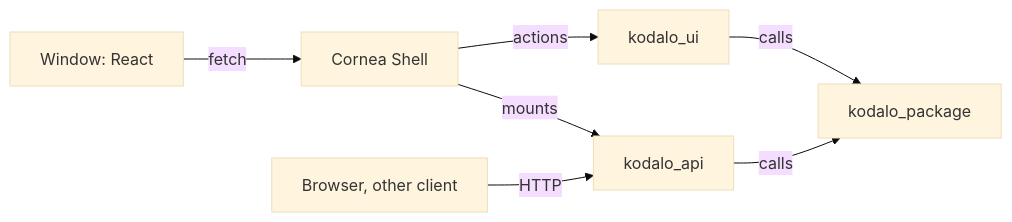
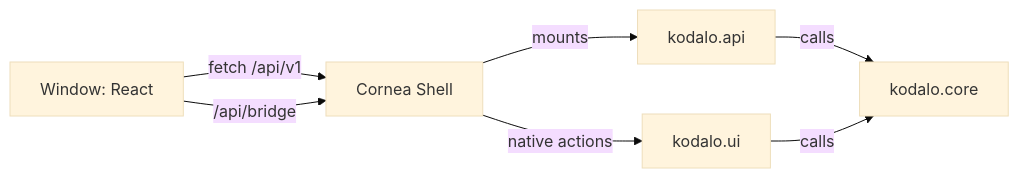
Before and after one commit to coldsofttech/Kodalo: the fourth of 4 diagrams in docs/architecture.md, drawn with Mermaid (base theme). The commit also changed other lines of this file and 591 other files, not shown here.

````diff
--- a/docs/architecture.md
+++ b/docs/architecture.md
@@ -62,9 +133,9 @@
 ```mermaid
 flowchart LR
-    W[Window: React] -->|fetch| S[Cornea Shell]
-    S -->|mounts| A[kodalo_api]
-    S -->|actions| U[kodalo_ui]
-    B[Browser, other client] -->|HTTP| A
-    A -->|calls| L[kodalo_package]
+    W[Window: React] -->|fetch /api/v1| S[Cornea Shell]
+    W -->|/api/bridge| S
+    S -->|mounts| A[kodalo.api]
+    S -->|native actions| U[kodalo.ui]
+    A -->|calls| L[kodalo.core]
     U -->|calls| L
 ```
````
